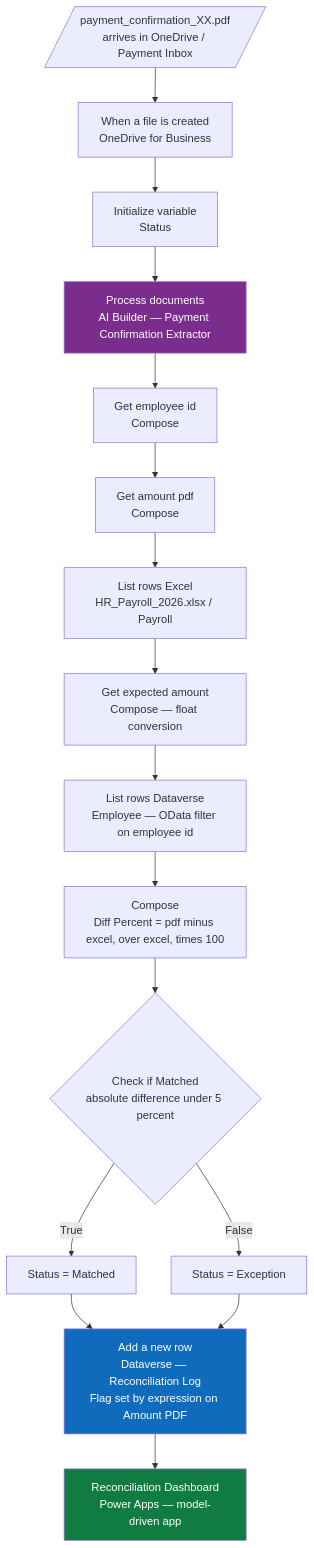
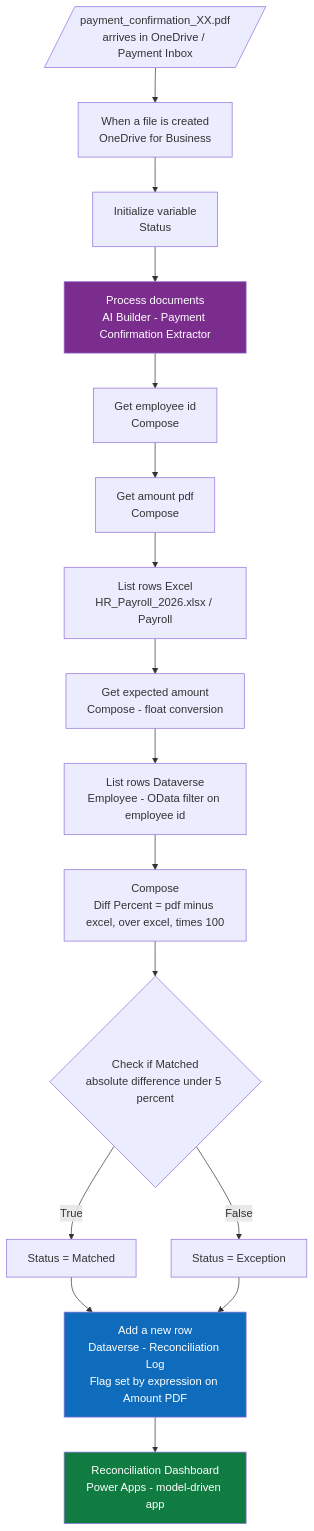
The diagram in README.md (annsunshine/reconciliation-assistant), drawn with Mermaid before and after one commit. The commit also changed other lines of this file, not shown here.

````diff
--- a/README.md
+++ b/README.md
@@ -58,22 +58,22 @@
 ```mermaid
 flowchart TD
     A[/"payment_confirmation_XX.pdf<br/>arrives in OneDrive / Payment Inbox"/] --> B["When a file is created<br/>OneDrive for Business"]
     B --> C["Initialize variable<br/>Status"]
-    C --> D["Process documents<br/>AI Builder — Payment Confirmation Extractor"]
+    C --> D["Process documents<br/>AI Builder - Payment Confirmation Extractor"]
     D --> E["Get employee id<br/>Compose"]
     E --> F["Get amount pdf<br/>Compose"]
     F --> G["List rows Excel<br/>HR_Payroll_2026.xlsx / Payroll"]
-    G --> H["Get expected amount<br/>Compose — float conversion"]
-    H --> I["List rows Dataverse<br/>Employee — OData filter on employee id"]
+    G --> H["Get expected amount<br/>Compose - float conversion"]
+    H --> I["List rows Dataverse<br/>Employee - OData filter on employee id"]
     I --> J["Compose<br/>Diff Percent = pdf minus excel, over excel, times 100"]
     J --> K{"Check if Matched<br/>absolute difference under 5 percent"}
     K -->|True| L["Status = Matched"]
     K -->|False| M["Status = Exception"]
-    L --> N["Add a new row<br/>Dataverse — Reconciliation Log<br/>Flag set by expression on Amount PDF"]
+    L --> N["Add a new row<br/>Dataverse - Reconciliation Log<br/>Flag set by expression on Amount PDF"]
     M --> N
-    N --> O["Reconciliation Dashboard<br/>Power Apps — model-driven app"]
+    N --> O["Reconciliation Dashboard<br/>Power Apps - model-driven app"]
 
     style D fill:#7B2D8E,color:#ffffff
     style N fill:#0F6CBD,color:#ffffff
     style O fill:#107C41,color:#ffffff
 ```
````
